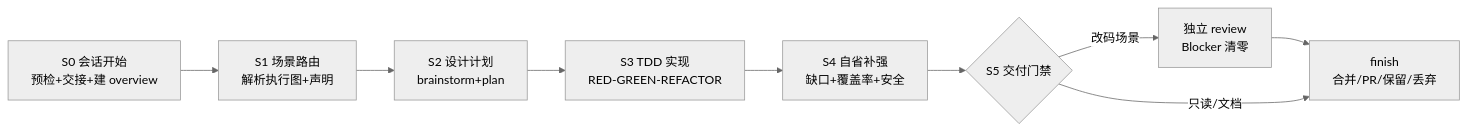
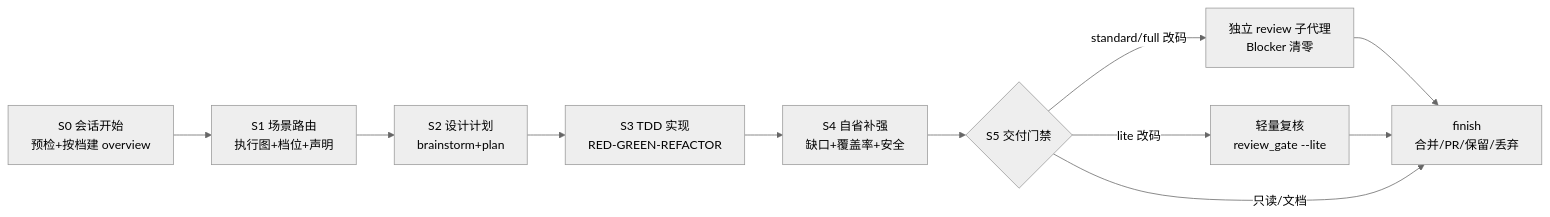
Before and after one commit to sao-lang/skills: the diagram in README.md, drawn with Mermaid (neutral theme). The commit also changed other lines of this file and 10 other files, not shown here.

````diff
--- a/README.md
+++ b/README.md
@@ -36,11 +37,13 @@
 ```mermaid
 flowchart LR
-    A[S0 会话开始<br/>预检+交接+建 overview] --> B[S1 场景路由<br/>解析执行图+声明]
+    A[S0 会话开始<br/>预检+按档建 overview] --> B[S1 场景路由<br/>执行图+档位+声明]
     B --> C[S2 设计计划<br/>brainstorm+plan]
     C --> D[S3 TDD 实现<br/>RED-GREEN-REFACTOR]
     D --> E[S4 自省补强<br/>缺口+覆盖率+安全]
     E --> F{S5 交付门禁}
-    F -->|改码场景| G[独立 review<br/>Blocker 清零]
+    F -->|standard/full 改码| G[独立 review 子代理<br/>Blocker 清零]
+    F -->|lite 改码| L[轻量复核<br/>review_gate --lite]
     G --> H[finish<br/>合并/PR/保留/丢弃]
+    L --> H
     F -->|只读/文档| H
 ```
````
